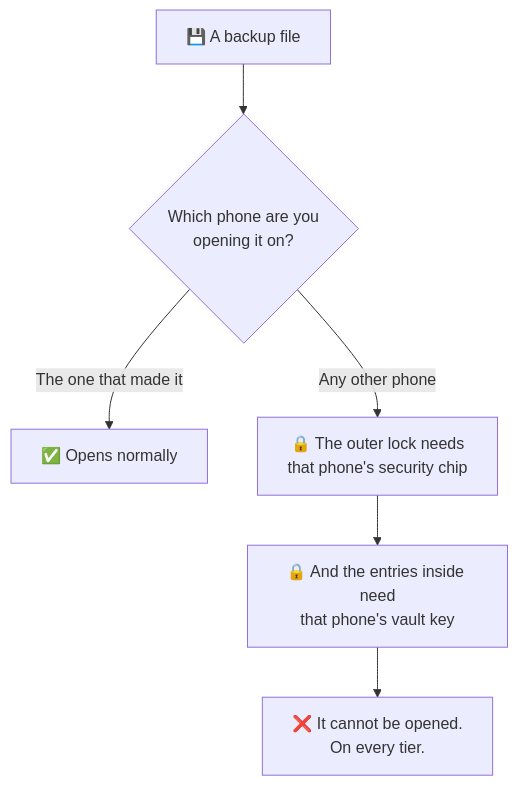
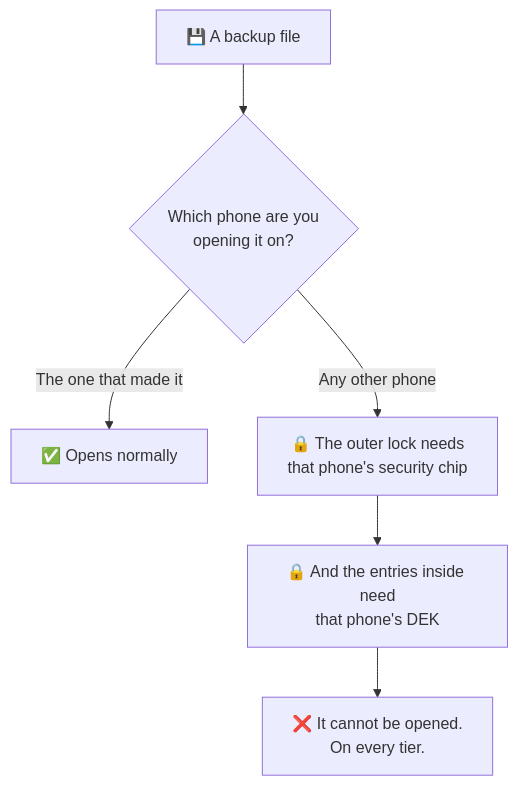
One commit to TuPhung369/passwordepic-website changed the second of 3 diagrams in docs/backups.md. Above: the diagram before and after it, drawn with Mermaid. The commit also changed other lines of this file and 22 other files, not shown here.

````diff
--- a/docs/backups.md
+++ b/docs/backups.md
@@ -59,8 +59,8 @@
 ```mermaid
 flowchart TD
   A["💾 A backup file"] --> B{"Which phone are you<br/>opening it on?"}
   B -->|"The one that made it"| C["✅ Opens normally"]
   B -->|"Any other phone"| D["🔒 The outer lock needs<br/>that phone's security chip"]
-  D --> E["🔒 And the entries inside need<br/>that phone's vault key"]
+  D --> E["🔒 And the entries inside need<br/>that phone's DEK"]
   E --> F["❌ It cannot be opened.<br/>On every tier."]
 ```
````
